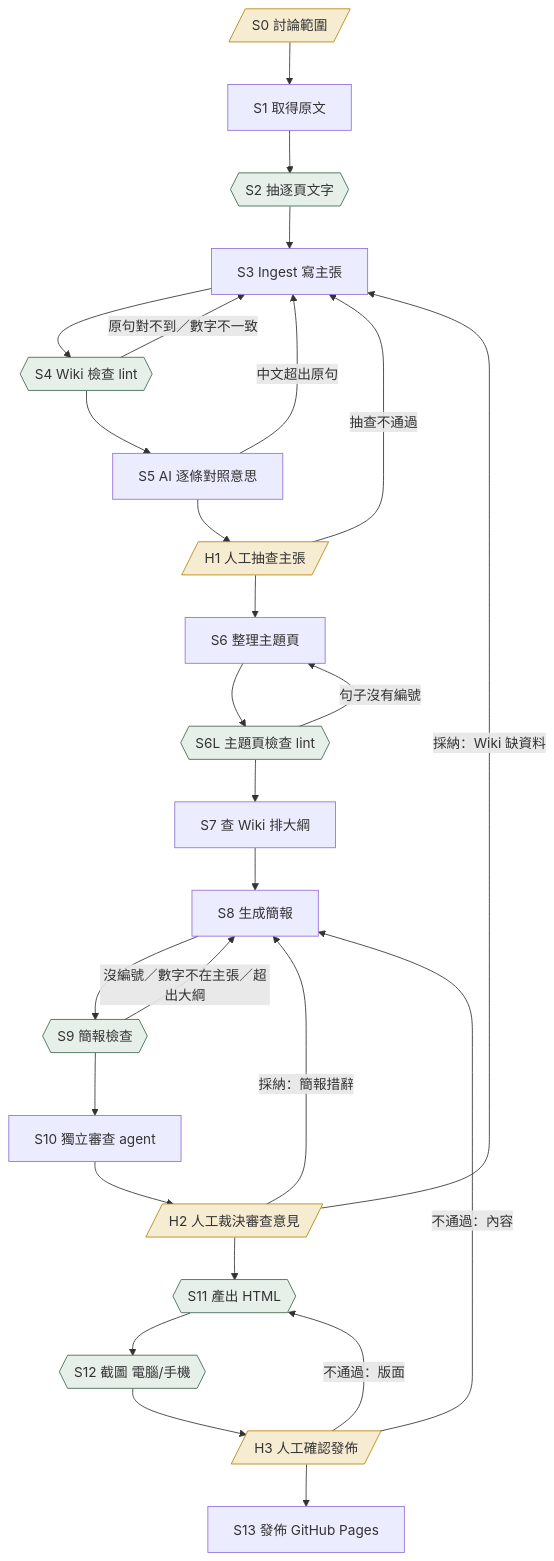
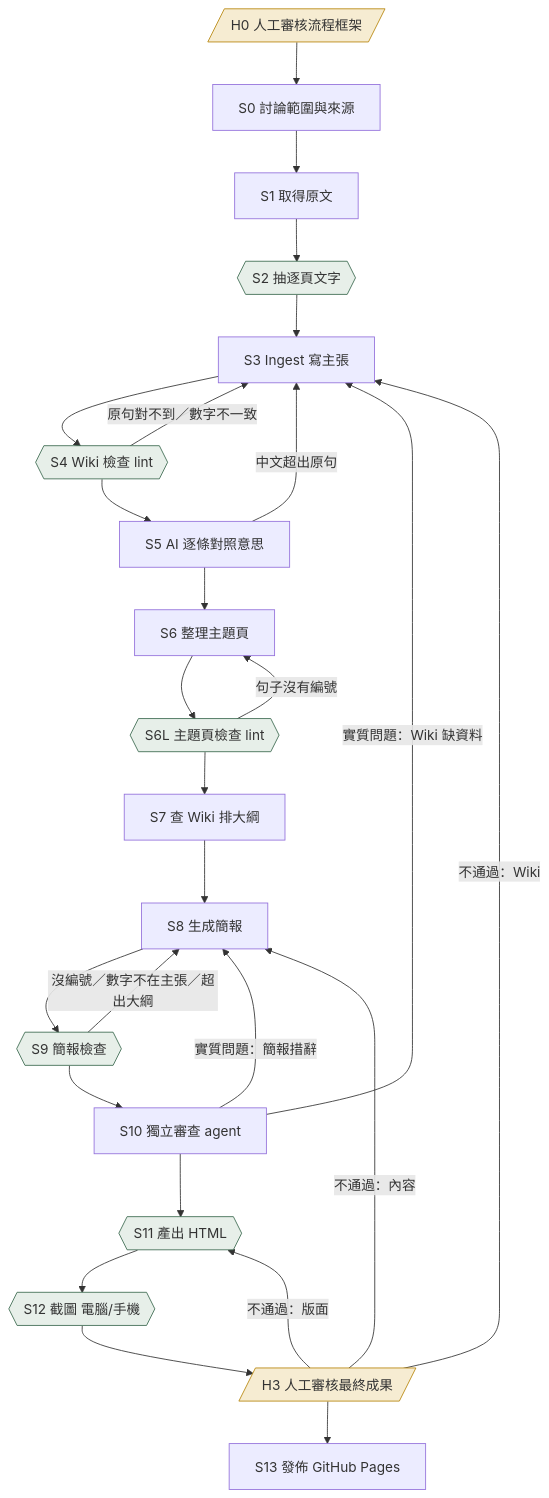
Before and after one commit to Chen-MouChin/cat-food-wiki: the second of 2 diagrams in README.md, drawn with Mermaid. The commit also changed other lines of this file and 9 other files, not shown here.

First line of the commit message:
建置(graph): 人工關卡改為 H0 審核流程框架、H3 審核最終成果；審查意見依實質／輕微自動分流

````diff
--- a/README.md
+++ b/README.md
@@ -40,51 +40,49 @@
 ```mermaid
 flowchart TD
-  S0[/"S0 討論範圍"/]
+  H0[/"H0 人工審核流程框架"/]
+  S0["S0 討論範圍與來源"]
   S1["S1 取得原文"]
   S2{{"S2 抽逐頁文字"}}
   S3["S3 Ingest 寫主張"]
   S4{{"S4 Wiki 檢查 lint"}}
   S5["S5 AI 逐條對照意思"]
-  H1[/"H1 人工抽查主張"/]
   S6["S6 整理主題頁"]
   S6L{{"S6L 主題頁檢查 lint"}}
   S7["S7 查 Wiki 排大綱"]
   S8["S8 生成簡報"]
   S9{{"S9 簡報檢查"}}
   S10["S10 獨立審查 agent"]
-  H2[/"H2 人工裁決審查意見"/]
   S11{{"S11 產出 HTML"}}
   S12{{"S12 截圖 電腦/手機"}}
-  H3[/"H3 人工確認發佈"/]
+  H3[/"H3 人工審核最終成果"/]
   S13["S13 發佈 GitHub Pages"]
+  H0 --> S0
   S0 --> S1
   S1 --> S2
   S2 --> S3
   S3 --> S4
   S4 -- 原句對不到／數字不一致 --> S3
   S4 --> S5
   S5 -- 中文超出原句 --> S3
-  S5 --> H1
-  H1 -- 抽查不通過 --> S3
-  H1 --> S6
+  S5 --> S6
   S6 --> S6L
   S6L -- 句子沒有編號 --> S6
   S6L --> S7
   S7 --> S8
   S8 --> S9
   S9 -- 沒編號／數字不在主張／超出大綱 --> S8
   S9 --> S10
-  S10 --> H2
-  H2 -- 採納：簡報措辭 --> S8
-  H2 -- 採納：Wiki 缺資料 --> S3
-  H2 --> S11
+  S10 -- 實質問題：簡報措辭 --> S8
+  S10 -- 實質問題：Wiki 缺資料 --> S3
+  S10 --> S11
   S11 --> S12
   S12 --> H3
   H3 -- 不通過：內容 --> S8
+  H3 -- 不通過：Wiki --> S3
   H3 -- 不通過：版面 --> S11
   H3 --> S13
   classDef auto fill:#e7efe9,stroke:#3b6a50
   classDef human fill:#f6ecd2,stroke:#b8860b
   class S2,S4,S6L,S9,S11,S12 auto
-  class S0,H1,H2,H3 human
+  class H0,H3 human
 ```
````
